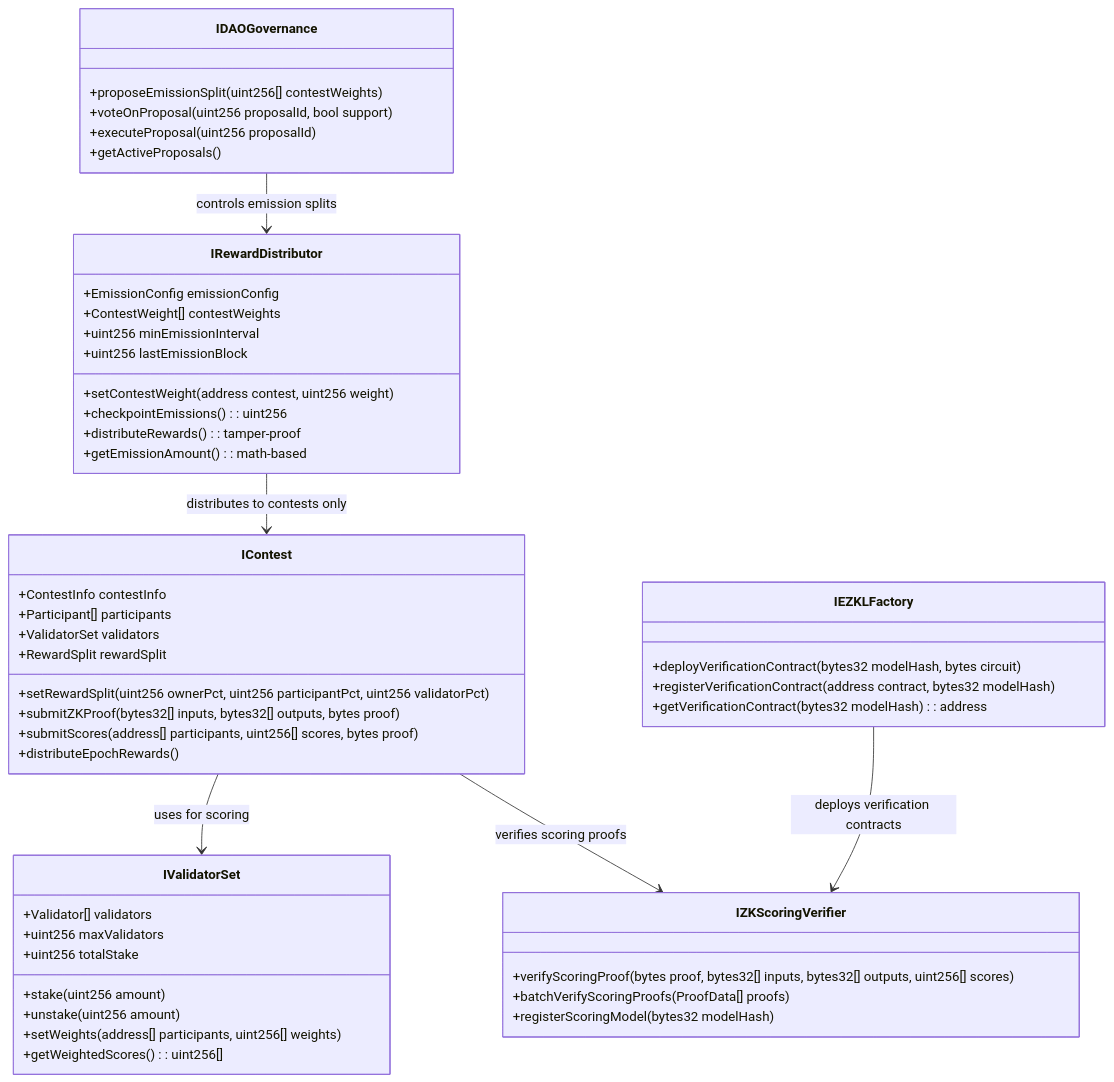
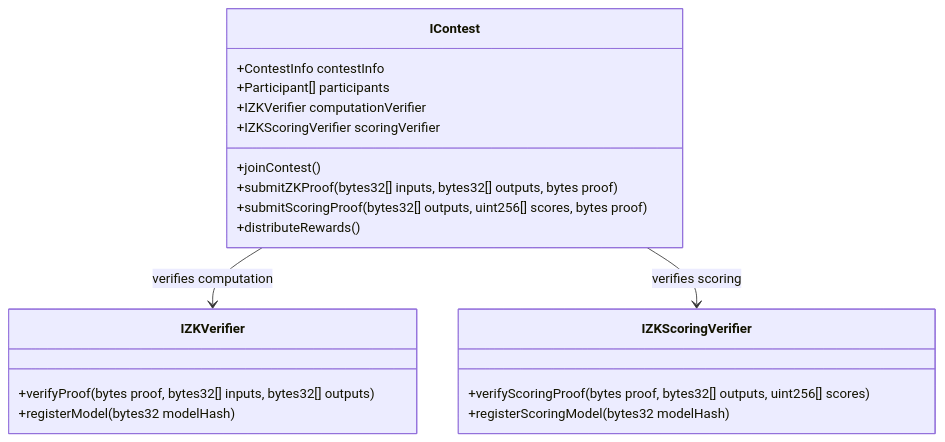
Before and after one commit to Inference-xyz/protocol: the second of 2 diagrams in protocol_architecture.md, drawn with Mermaid. The commit also changed other lines of this file and 12 other files, not shown here.

````diff
--- a/protocol_architecture.md
+++ b/protocol_architecture.md
@@ -73,59 +54,26 @@
 ```mermaid
 classDiagram
-    class IRewardDistributor {
-        +EmissionConfig emissionConfig
-        +ContestWeight[] contestWeights
-        +uint256 minEmissionInterval
-        +uint256 lastEmissionBlock
-        +setContestWeight(address contest, uint256 weight)
-        +checkpointEmissions() : uint256
-        +distributeRewards() : tamper-proof
-        +getEmissionAmount() : math-based
-    }
-    
-    class IDAOGovernance {
-        +proposeEmissionSplit(uint256[] contestWeights)
-        +voteOnProposal(uint256 proposalId, bool support)
-        +executeProposal(uint256 proposalId)
-        +getActiveProposals()
-    }
-    
     class IContest {
         +ContestInfo contestInfo
         +Participant[] participants
-        +ValidatorSet validators
-        +RewardSplit rewardSplit
-        +setRewardSplit(uint256 ownerPct, uint256 participantPct, uint256 validatorPct)
+        +IZKVerifier computationVerifier
+        +IZKScoringVerifier scoringVerifier
+        +joinContest()
         +submitZKProof(bytes32[] inputs, bytes32[] outputs, bytes proof)
-        +submitScores(address[] participants, uint256[] scores, bytes proof)
-        +distributeEpochRewards()
+        +submitScoringProof(bytes32[] outputs, uint256[] scores, bytes proof)
+        +distributeRewards()
     }
     
-    class IValidatorSet {
-        +Validator[] validators
-        +uint256 maxValidators
-        +uint256 totalStake
-        +stake(uint256 amount)
-        +unstake(uint256 amount)
-        +setWeights(address[] participants, uint256[] weights)
-        +getWeightedScores() : uint256[]
+    class IZKVerifier {
+        +verifyProof(bytes proof, bytes32[] inputs, bytes32[] outputs)
+        +registerModel(bytes32 modelHash)
     }
     
     class IZKScoringVerifier {
-        +verifyScoringProof(bytes proof, bytes32[] inputs, bytes32[] outputs, uint256[] scores)
-        +batchVerifyScoringProofs(ProofData[] proofs)
+        +verifyScoringProof(bytes proof, bytes32[] outputs, uint256[] scores)
         +registerScoringModel(bytes32 modelHash)
     }
     
-    class IEZKLFactory {
-        +deployVerificationContract(bytes32 modelHash, bytes circuit)
-        +registerVerificationContract(address contract, bytes32 modelHash)
-        +getVerificationContract(bytes32 modelHash) : address
-    }
-    
-    IDAOGovernance --> IRewardDistributor : controls emission splits
-    IRewardDistributor --> IContest : distributes to contests only
-    IContest --> IValidatorSet : uses for scoring
-    IContest --> IZKScoringVerifier : verifies scoring proofs
-    IEZKLFactory --> IZKScoringVerifier : deploys verification contracts
+    IContest --> IZKVerifier : verifies computation
+    IContest --> IZKScoringVerifier : verifies scoring
 ```
````
